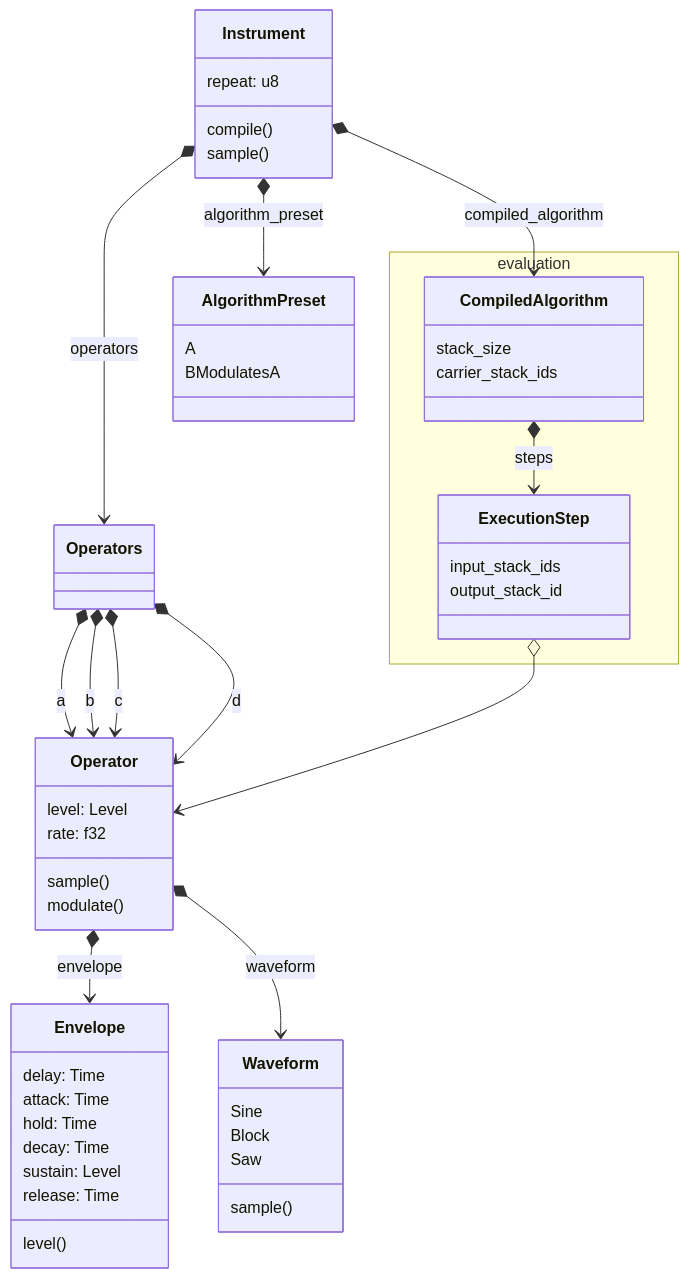
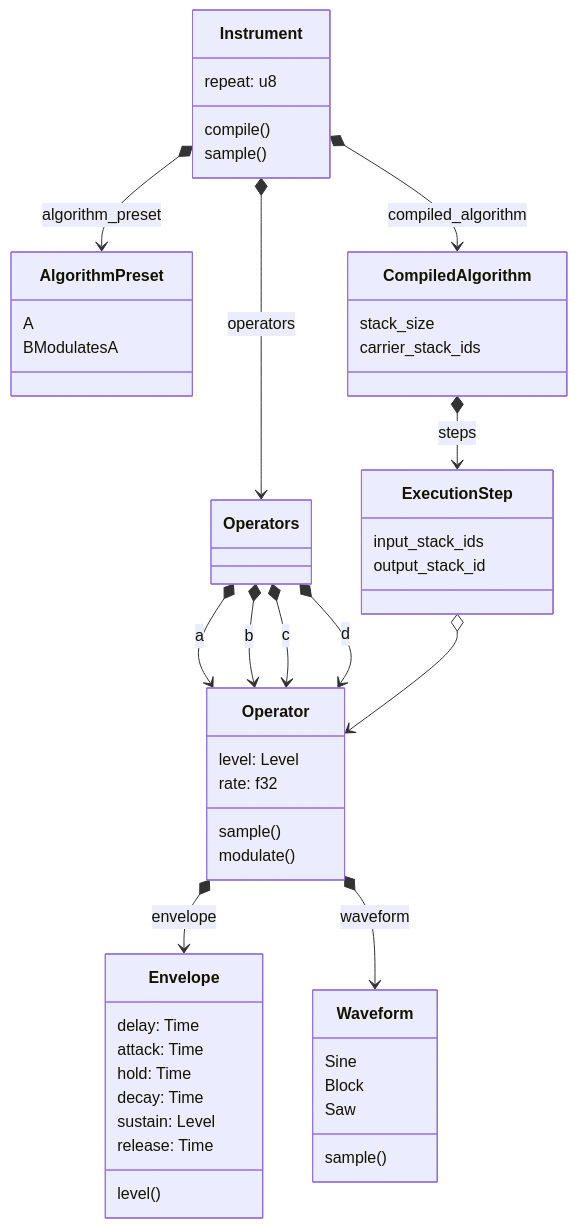
Before and after one commit to jeroenbakker-atmind/rs-audio-engine: the third of 4 diagrams in README.md, drawn with Mermaid.

Commit message:
Remove namespace

````diff
--- a/README.md
+++ b/README.md
@@ -134,62 +134,60 @@
 ```mermaid
 classDiagram
 
     class Instrument {
         repeat: u8
         compile()
         sample()
     }
     class Operators
     class Operator {
         level: Level
         rate: f32
 
         sample()
         modulate()
     }
     class Envelope {
         delay: Time
         attack: Time
         hold: Time
         decay: Time
         sustain: Level
         release: Time
 
         level()
     }
     class AlgorithmPreset {
         A
         BModulatesA
     }
     class Waveform {
         Sine
         Block
         Saw
 
         sample()
     }
 
-    namespace evaluation {
-        class CompiledAlgorithm{
-            stack_size
-            carrier_stack_ids
-        }
-        class ExecutionStep{
-            input_stack_ids
-            output_stack_id
-        }
+    class CompiledAlgorithm{
+        stack_size
+        carrier_stack_ids
+    }
+    class ExecutionStep{
+        input_stack_ids
+        output_stack_id
     }
 
     Operators *--> Operator: a
     Operators *--> Operator: b
     Operators *--> Operator: c
     Operators *--> Operator: d
     Operator *--> Envelope: envelope
     Instrument *--> Operators: operators
     Instrument *--> AlgorithmPreset: algorithm_preset
     Operator *--> Waveform: waveform
     Instrument *--> CompiledAlgorithm: compiled_algorithm
     CompiledAlgorithm *--> ExecutionStep: steps
     ExecutionStep o--> Operator
 
 ```
````
